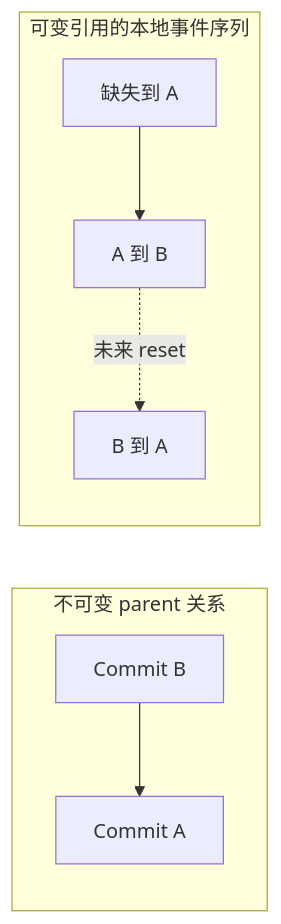
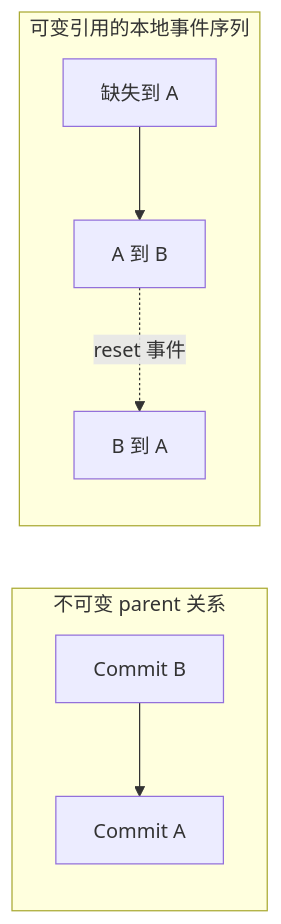
One commit to Always1010/MiniGit changed the diagram in docs/git-internals.md. Above: the diagram before and after it, drawn with Mermaid. The commit also changed other lines of this file and 13 other files, not shown here.

````diff
--- a/docs/git-internals.md
+++ b/docs/git-internals.md
@@ -93,10 +93,10 @@
 ```mermaid
 flowchart LR
     subgraph Parent[不可变 parent 关系]
         B[Commit B] --> A[Commit A]
     end
     subgraph Events[可变引用的本地事件序列]
         E1[缺失到 A] --> E2[A 到 B]
-        E2 -.未来 reset.-> E3[B 到 A]
+        E2 -.reset 事件.-> E3[B 到 A]
     end
 ```
````
